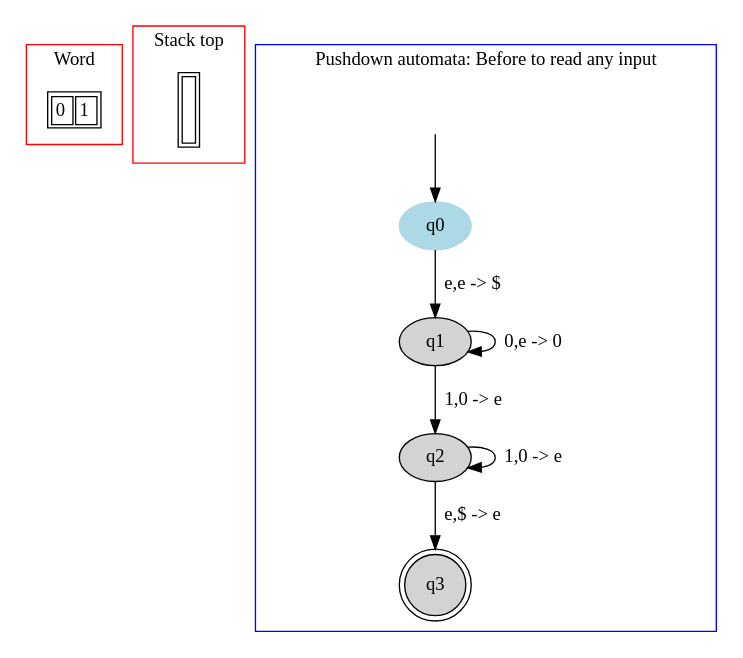
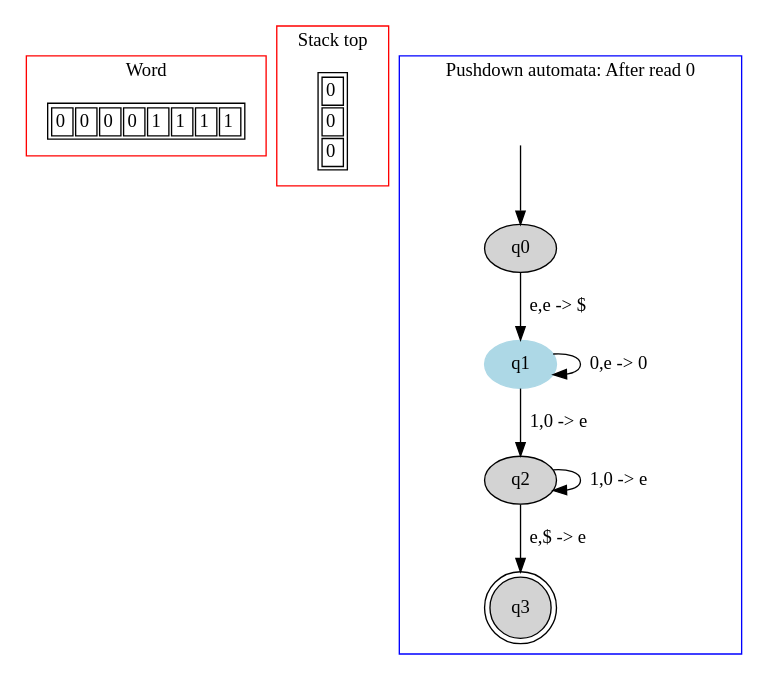
Before and after one commit to danielScLima/pushdown_automata: the diagram in PA/images/file0.dot, drawn with Graphviz. The commit also changed 4 other files, not shown here.

```diff
--- a/PA/images/file0.dot
+++ b/PA/images/file0.dot
@@ -1,42 +1,56 @@
 digraph G {
 	subgraph cluster_0 {
 		node [shape=plaintext];
 
 struct1 [label=<<TABLE>
 <TR>
 <TD><FONT>0</FONT></TD>
+<TD><FONT>0</FONT></TD>
+<TD><FONT>0</FONT></TD>
+<TD><FONT>0</FONT></TD>
+<TD><FONT>1</FONT></TD>
+<TD><FONT>1</FONT></TD>
+<TD><FONT>1</FONT></TD>
 <TD><FONT>1</FONT></TD>
 </TR>
 </TABLE>>];
 label = "Word";
 color=red;
 }
 	subgraph cluster_2 {
 		node [shape=plaintext];
 
 struct2 [label=<<TABLE>
 <TR>
-<TD width="10" height="50">
-</TD>
+<TD>
+0</TD>
+</TR>
+<TR>
+<TD>
+0</TD>
+</TR>
+<TR>
+<TD>
+0</TD>
 </TR>
 </TABLE>>];
 label = "Stack top";
 color=red;
 }
 	subgraph cluster_1 {
 		node [style=filled];
-		label = "Pushdown automata: Before to read any input"
+		label = "Pushdown automata: After read 0"
 		color=blue;
 
-		q0 [color="lightblue"];
-		q1;
+		q0;
+		q1 [color="lightblue"];
 		q2;
 		q3 [shape="doublecircle"];
 		q0->q1[label="e,e -> $"];
 		q1->q1[label="0,e -> 0"];
 		q1->q2[label="1,0 -> e"];
 		q2->q2[label="1,0 -> e"];
 		q2->q3[label="e,$ -> e"];
 x [color=white, label=""];		x->q0	}
 
 }
```
